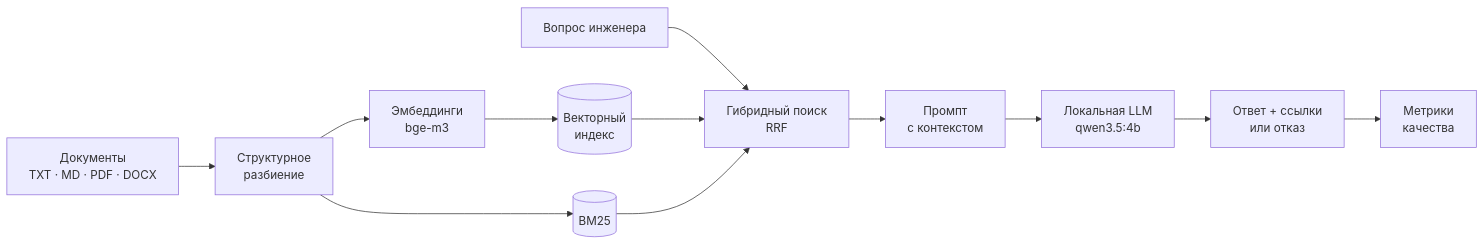
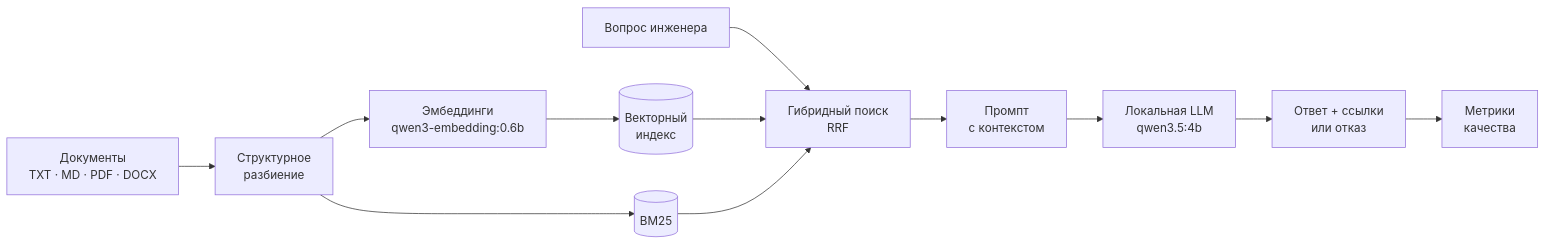
One commit to Voldemurik/URFU-PROTALANT changed the diagram in README.md. Above: the diagram before and after it, drawn with Mermaid.

````diff
--- a/README.md
+++ b/README.md
@@ -55,14 +55,14 @@
 ```mermaid
 flowchart LR
     D[Документы<br/>TXT · MD · PDF · DOCX] --> C[Структурное<br/>разбиение]
-    C --> E[Эмбеддинги<br/>bge-m3]
+    C --> E[Эмбеддинги<br/>qwen3-embedding:0.6b]
     E --> V[(Векторный<br/>индекс)]
     C --> B[(BM25)]
     Q[Вопрос инженера] --> R[Гибридный поиск<br/>RRF]
     V --> R
     B --> R
     R --> P[Промпт<br/>с контекстом]
     P --> M[Локальная LLM<br/>qwen3.5:4b]
     M --> A[Ответ + ссылки<br/>или отказ]
     A --> X[Метрики<br/>качества]
 ```
````
